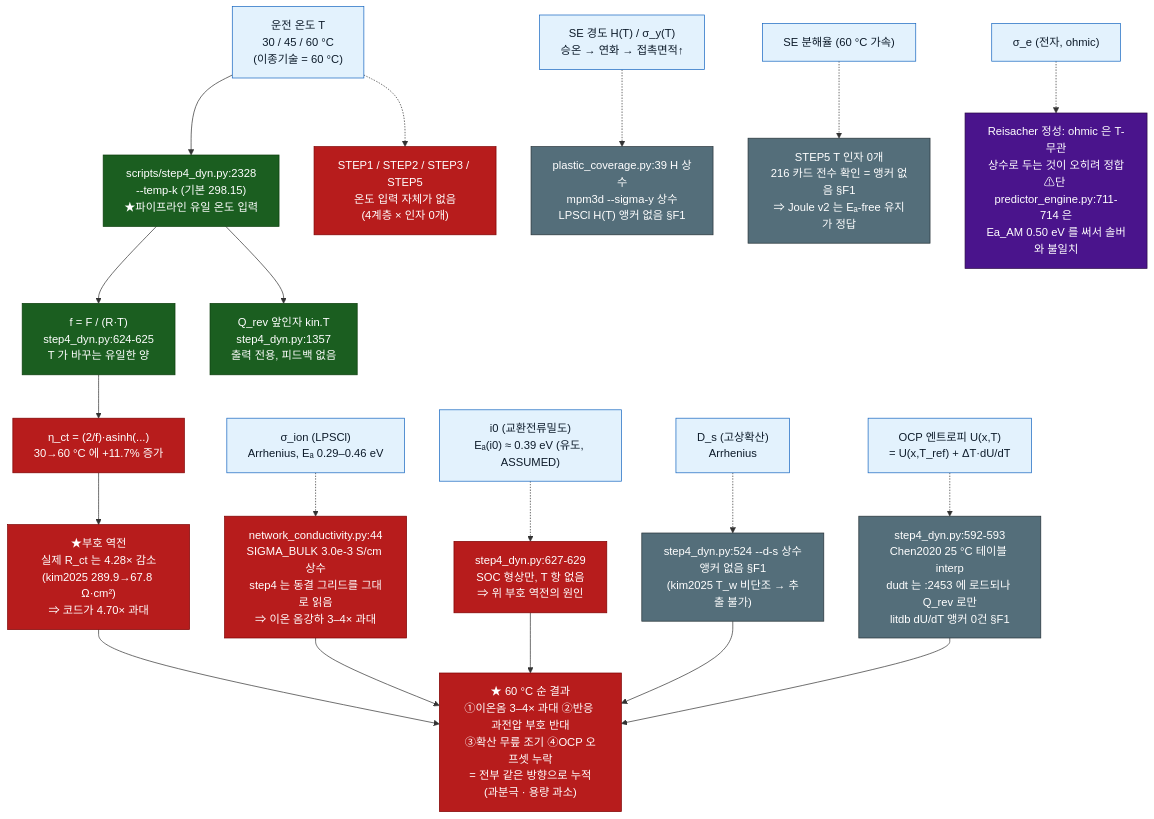
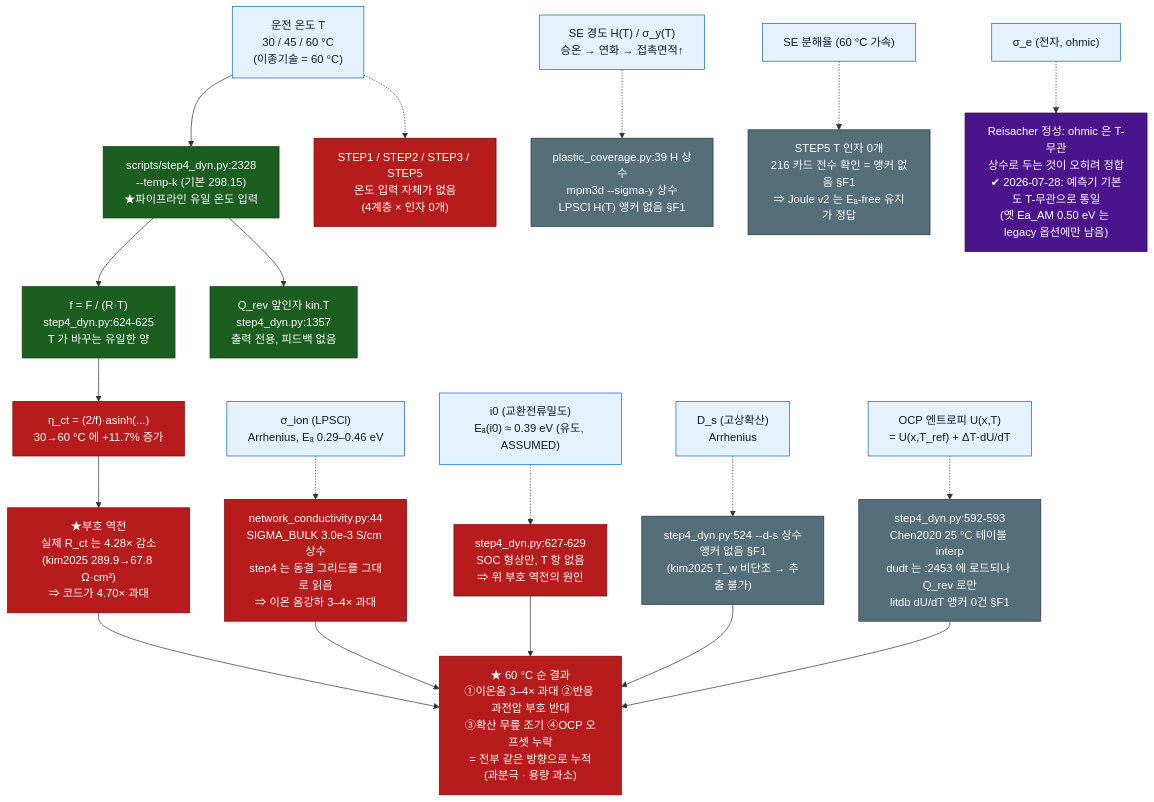
The diagram in docs/temp_pressure_capability.md (yonghoon7153-source/Yonghoon-DEM-DFT), drawn with Mermaid before and after one commit. The commit also changed other lines of this file and 8 other files, not shown here.

````diff
--- a/docs/temp_pressure_capability.md
+++ b/docs/temp_pressure_capability.md
@@ -190,39 +206,39 @@
 ```mermaid
 flowchart TD
     T["운전 온도 T<br/>30 / 45 / 60 °C<br/>(이종기술 = 60 °C)"]
 
     T --> CLI["scripts/step4_dyn.py:2328<br/>--temp-k (기본 298.15)<br/>★파이프라인 유일 온도 입력"]
     T -.-> NOIN["STEP1 / STEP2 / STEP3 / STEP5<br/>온도 입력 자체가 없음<br/>(4계층 × 인자 0개)"]
 
     CLI --> F["f = F / (R·T)<br/>step4_dyn.py:624-625<br/>T 가 바꾸는 유일한 양"]
     CLI --> QREV["Q_rev 앞인자 kin.T<br/>step4_dyn.py:1357<br/>출력 전용, 피드백 없음"]
 
     F --> ETA["η_ct = (2/f)·asinh(...)<br/>30→60 °C 에 +11.7% 증가"]
     ETA --> BAD["★부호 역전<br/>실제 R_ct 는 4.28× 감소<br/>(kim2025 289.9→67.8 Ω·cm²)<br/>⇒ 코드가 4.70× 과대"]
 
     SIG["σ_ion (LPSCl)<br/>Arrhenius, Eₐ 0.29–0.46 eV"] -.-> CUT1["network_conductivity.py:44<br/>SIGMA_BULK 3.0e-3 S/cm 상수<br/>step4 는 동결 그리드를 그대로 읽음<br/>⇒ 이온 옴강하 3–4× 과대"]
     I0["i0 (교환전류밀도)<br/>Eₐ(i0) ≈ 0.39 eV (유도, ASSUMED)"] -.-> CUT2["step4_dyn.py:627-629<br/>SOC 형상만, T 항 없음<br/>⇒ 위 부호 역전의 원인"]
     DS["D_s (고상확산)<br/>Arrhenius"] -.-> CUT3["step4_dyn.py:524 --d-s 상수<br/>앵커 없음 §F1<br/>(kim2025 T_w 비단조 → 추출 불가)"]
     OCP["OCP 엔트로피 U(x,T)<br/>= U(x,T_ref) + ΔT·dU/dT"] -.-> CUT4["step4_dyn.py:592-593<br/>Chen2020 25 °C 테이블 interp<br/>dudt 는 :2453 에 로드되나 Q_rev 로만<br/>litdb dU/dT 앵커 0건 §F1"]
     HSE["SE 경도 H(T) / σ_y(T)<br/>승온 → 연화 → 접촉면적↑"] -.-> CUT5["plastic_coverage.py:39 H 상수<br/>mpm3d --sigma-y 상수<br/>LPSCl H(T) 앵커 없음 §F1"]
     DEG["SE 분해율 (60 °C 가속)"] -.-> CUT6["STEP5 T 인자 0개<br/>216 카드 전수 확인 = 앵커 없음 §F1<br/>⇒ Joule v2 는 Eₐ-free 유지가 정답"]
-    SIGE["σ_e (전자, ohmic)"] -.-> OKISH["Reisacher 정성: ohmic 은 T-무관<br/>상수로 두는 것이 오히려 정합<br/>⚠단 predictor_engine.py:711-714 은<br/>Ea_AM 0.50 eV 를 써서 솔버와 불일치"]
+    SIGE["σ_e (전자, ohmic)"] -.-> OKISH["Reisacher 정성: ohmic 은 T-무관<br/>상수로 두는 것이 오히려 정합<br/>✔ 2026-07-28: 예측기 기본도 T-무관으로 통일<br/>(옛 Ea_AM 0.50 eV 는 legacy 옵션에만 남음)"]
 
     BAD --> SUM["★ 60 °C 순 결과<br/>①이온옴 3–4× 과대 ②반응 과전압 부호 반대<br/>③확산 무릎 조기 ④OCP 오프셋 누락<br/>= 전부 같은 방향으로 누적<br/>(과분극 · 용량 과소)"]
     CUT1 --> SUM
     CUT2 --> SUM
     CUT3 --> SUM
     CUT4 --> SUM
 
     classDef live fill:#1b5e20,stroke:#0b3d0b,color:#ffffff
     classDef broken fill:#b71c1c,stroke:#7f0000,color:#ffffff
     classDef noanchor fill:#546e7a,stroke:#263238,color:#ffffff
     classDef neutral fill:#4a148c,stroke:#2a0845,color:#ffffff
     classDef src fill:#e3f2fd,stroke:#1565c0,color:#0d1b2a
 
     class T,SIG,I0,DS,OCP,HSE,DEG,SIGE src
     class CLI,F,QREV live
     class NOIN,CUT1,CUT2,ETA,BAD,SUM broken
     class CUT3,CUT4,CUT5,CUT6 noanchor
     class OKISH neutral
 ```
````
